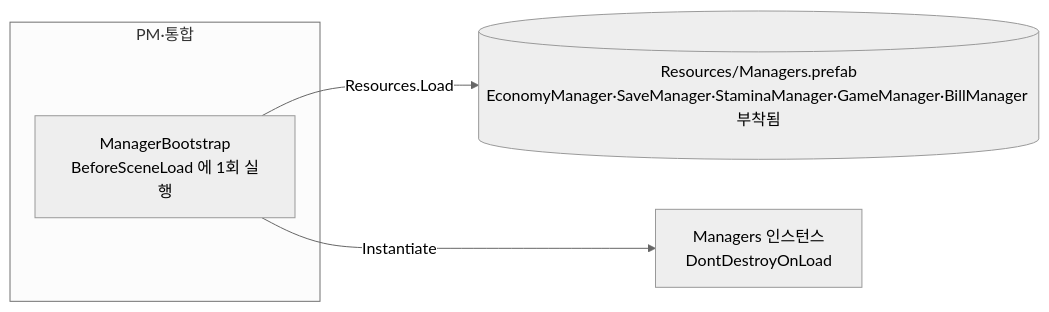
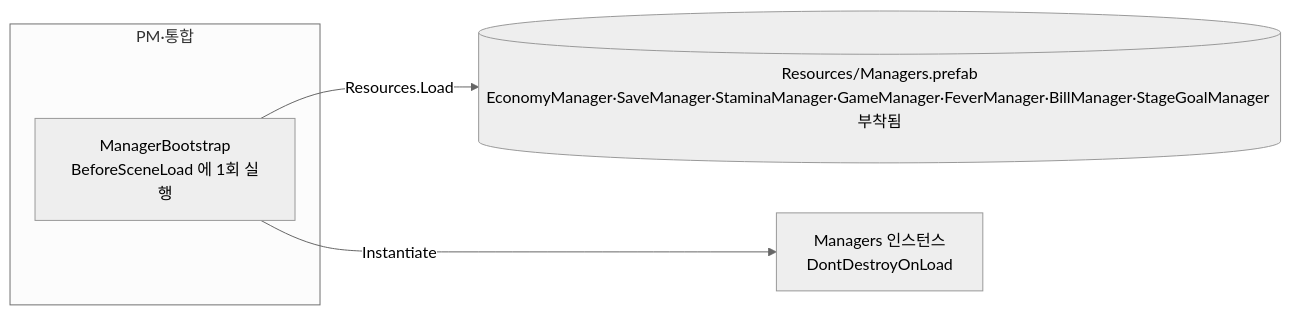
The diagram in docs/TECH_NOTES/manager-bootstrap.md (KDNA-Gwangju-1/NCAIClicker), drawn with Mermaid (neutral theme) before and after one commit. The commit also changed other lines of this file and 2 other files, not shown here.

````diff
--- a/docs/TECH_NOTES/manager-bootstrap.md
+++ b/docs/TECH_NOTES/manager-bootstrap.md
@@ -21,10 +21,10 @@
 ```mermaid
 flowchart LR
   subgraph PM["PM·통합"]
     boot[ManagerBootstrap<br/>BeforeSceneLoad 에 1회 실행]
   end
-  prefab[(Resources/Managers.prefab<br/>EconomyManager·SaveManager·StaminaManager·GameManager·BillManager 부착됨)]
+  prefab[(Resources/Managers.prefab<br/>EconomyManager·SaveManager·StaminaManager·GameManager·FeverManager·BillManager·StageGoalManager 부착됨)]
   inst[Managers 인스턴스<br/>DontDestroyOnLoad]
   boot -- "Resources.Load" --> prefab
   boot -- "Instantiate" --> inst
 ```
````
